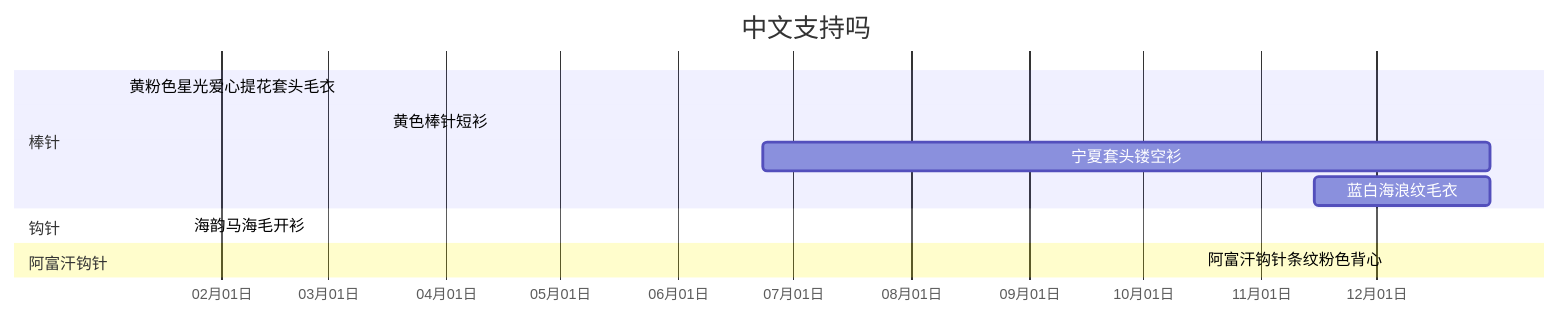
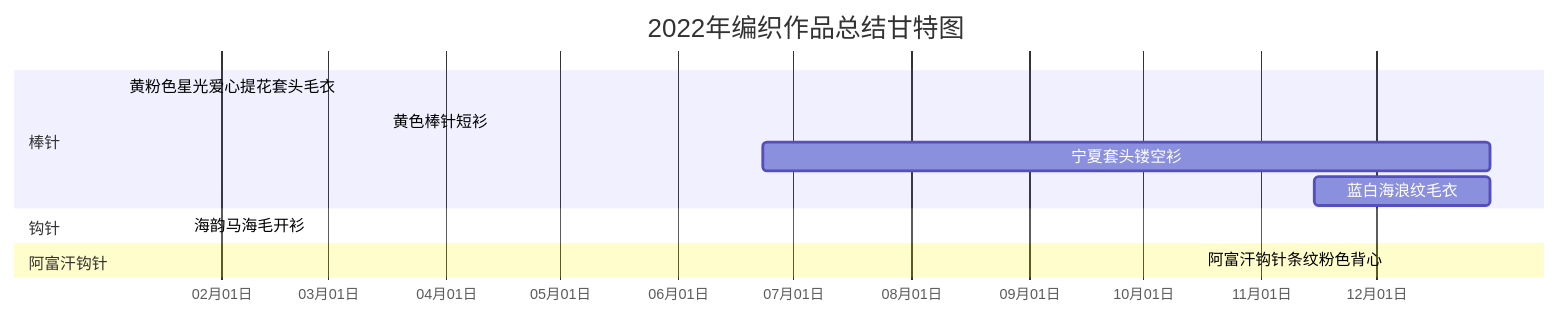
Before and after one commit to JiYouMCC/JiYouMCC.github.io: the diagram in _drafts/2022-1.md, drawn with Mermaid. The commit also changed other lines of this file, not shown here.

````diff
--- a/_drafts/2022-1.md
+++ b/_drafts/2022-1.md
@@ -1,18 +19,18 @@
 ```mermaid
 gantt
-    title 中文支持吗
+    title 2022年编织作品总结甘特图
     axisFormat %m月%d日
     todayMarker off
     
     section 棒针
     黄粉色星光爱心提花套头毛衣   :done,   a1,2022-01-06, 2022-05-08
     黄色棒针短衫                :done,   2022-03-16, 2022-06-21
     宁夏套头镂空衫              :active  2022-06-23,191d
     蓝白海浪纹毛衣              :active  2022-11-15, 46d 
     
     section 钩针
     海韵马海毛开衫              :done,  a5,2022-01-23, 2022-11-15 
     
     section 阿富汗钩针
     阿富汗钩针条纹粉色背心       :done,  2022-10-16, 2022-10-30    
 ```
````
